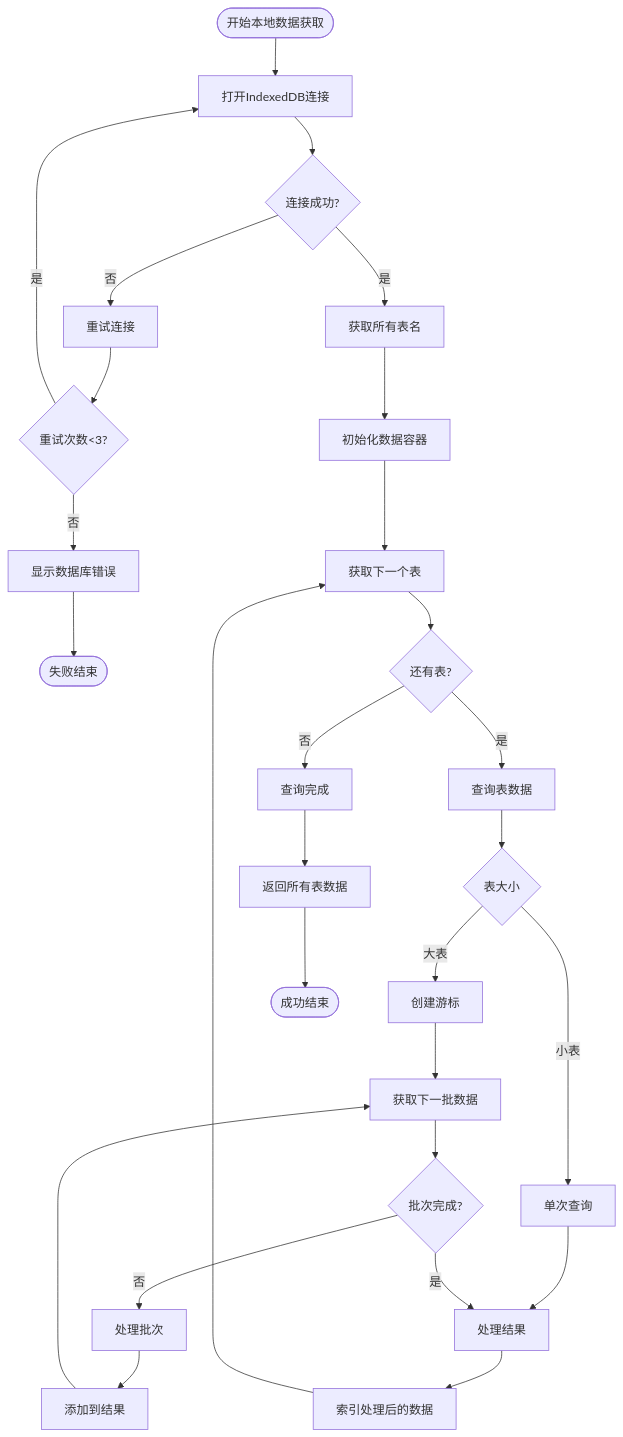
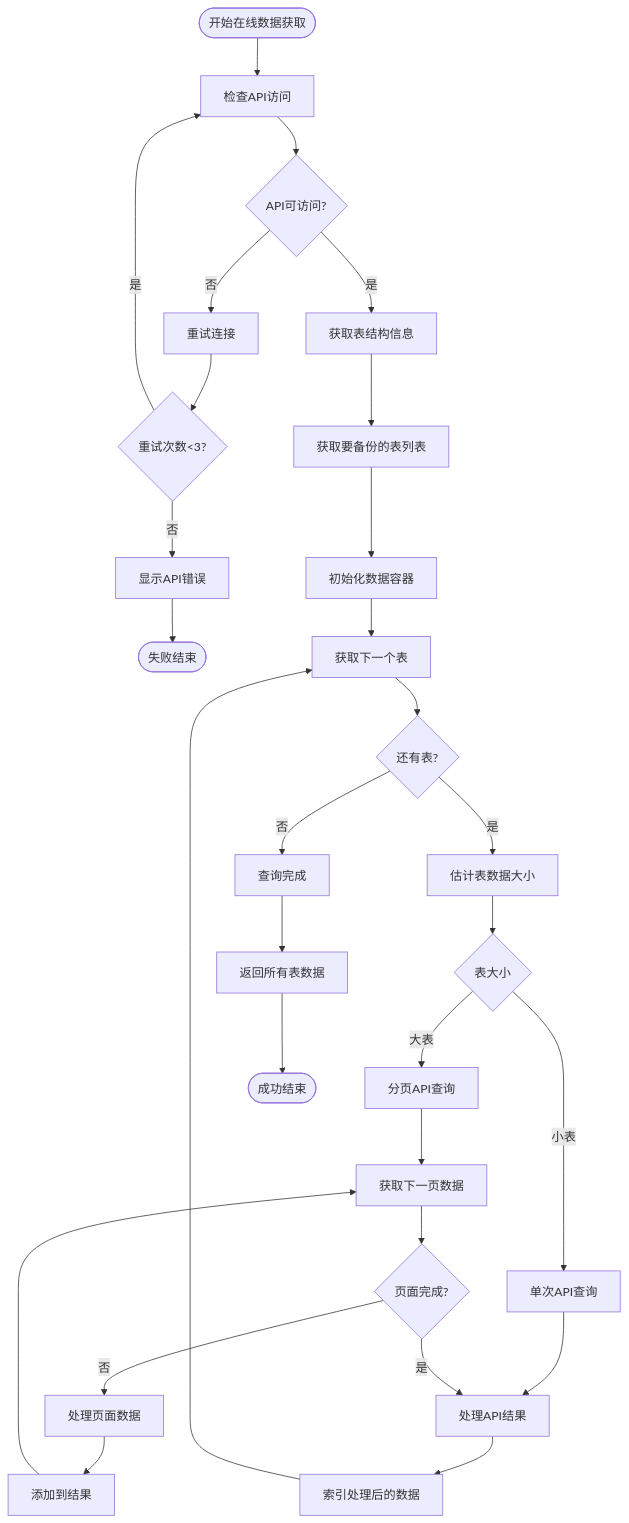
The diagram in all/未命名-53.md (yingjianzh/iodraw-files), drawn with Mermaid before and after one commit.

Commit message:
2025-05-09 11:58:46 update

````diff
--- a/all/未命名-53.md
+++ b/all/未命名-53.md
@@ -1,41 +1,42 @@
 ```mermaid
 flowchart TD
-    Start([开始本地数据获取]) --> OpenIndexedDB[打开IndexedDB连接]
-    OpenIndexedDB --> ConnectionOK{连接成功?}
+    Start([开始在线数据获取]) --> CheckAPIAccess[检查API访问]
+    CheckAPIAccess --> APIAccessible{API可访问?}
     
-    ConnectionOK -->|否| RetryConnection[重试连接]
-    RetryConnection --> RetryCount{重试次数<3?}
-    RetryCount -->|是| OpenIndexedDB
-    RetryCount -->|否| ShowDBError[显示数据库错误]
-    ShowDBError --> End([失败结束])
+    APIAccessible -->|否| RetryAPIAccess[重试连接]
+    RetryAPIAccess --> RetryCount{重试次数<3?}
+    RetryCount -->|是| CheckAPIAccess
+    RetryCount -->|否| ShowAPIError[显示API错误]
+    ShowAPIError --> End([失败结束])
     
-    ConnectionOK -->|是| GetStores[获取所有表名]
-    GetStores --> InitDataContainers[初始化数据容器]
+    APIAccessible -->|是| FetchTableSchema[获取表结构信息]
+    FetchTableSchema --> GetTablesList[获取要备份的表列表]
     
+    GetTablesList --> InitDataContainers[初始化数据容器]
     InitDataContainers --> GetNextTable[获取下一个表]
+    
     GetNextTable --> HasMoreTables{还有表?}
+    HasMoreTables -->|否| CompleteQuery[查询完成]
+    HasMoreTables -->|是| EstimateTableSize[估计表数据大小]
     
-    HasMoreTables -->|否| CompleteQuery[查询完成]
-    HasMoreTables -->|是| QueryTable[查询表数据]
+    EstimateTableSize --> TableSize{表大小}
     
-    QueryTable --> TableSize{表大小}
+    TableSize -->|小表| SingleAPIQuery[单次API查询]
+    TableSize -->|大表| PaginatedQuery[分页API查询]
     
-    TableSize -->|小表| SingleQuery[单次查询]
-    TableSize -->|大表| SetupCursor[创建游标]
+    SingleAPIQuery --> ProcessResults[处理API结果]
     
-    SingleQuery --> ProcessResults[处理结果]
+    PaginatedQuery --> FetchNextPage[获取下一页数据]
+    FetchNextPage --> PageDone{页面完成?}
+    PageDone -->|否| ProcessPage[处理页面数据]
+    ProcessPage --> AppendResults[添加到结果]
+    AppendResults --> FetchNextPage
     
-    SetupCursor --> FetchNextBatch[获取下一批数据]
-    FetchNextBatch --> BatchDone{批次完成?}
-    BatchDone -->|否| ProcessBatch[处理批次]
-    ProcessBatch --> AppendResults[添加到结果]
-    AppendResults --> FetchNextBatch
-    
-    BatchDone -->|是| ProcessResults
+    PageDone -->|是| ProcessResults
     
     ProcessResults --> IndexData[索引处理后的数据]
     IndexData --> GetNextTable
     
     CompleteQuery --> ReturnData[返回所有表数据]
     ReturnData --> EndSuccess([成功结束])
 ```
````
